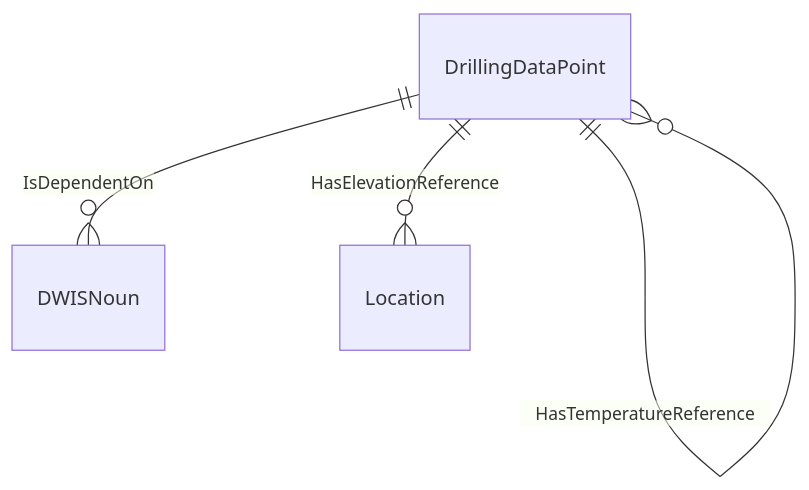
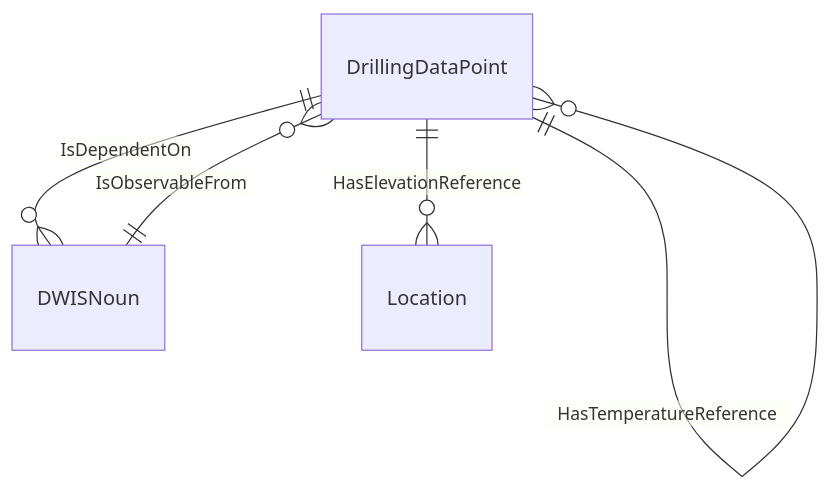
One commit to D-WIS/DDHub-Semantic-Interoperability changed the second of 7 diagrams in docs/vocabulary_development/auto-generated/md/definition-files/DataDependencies.md. Above: the diagram before and after it, drawn with Mermaid. The commit also changed other lines of this file and 44 other files, not shown here.

````diff
--- a/docs/vocabulary_development/auto-generated/md/definition-files/DataDependencies.md
+++ b/docs/vocabulary_development/auto-generated/md/definition-files/DataDependencies.md
@@ -18,7 +19,8 @@
 ```mermaid
 erDiagram
 DrillingDataPoint ||--o{ DWISNoun : IsDependentOn
+DWISNoun ||--o{ DrillingDataPoint : IsObservableFrom
 DrillingDataPoint ||--o{ DrillingDataPoint : HasPressureReference
 DrillingDataPoint ||--o{ DrillingDataPoint : HasTemperatureReference
 DrillingDataPoint ||--o{ Location : HasElevationReference
 ```
````
